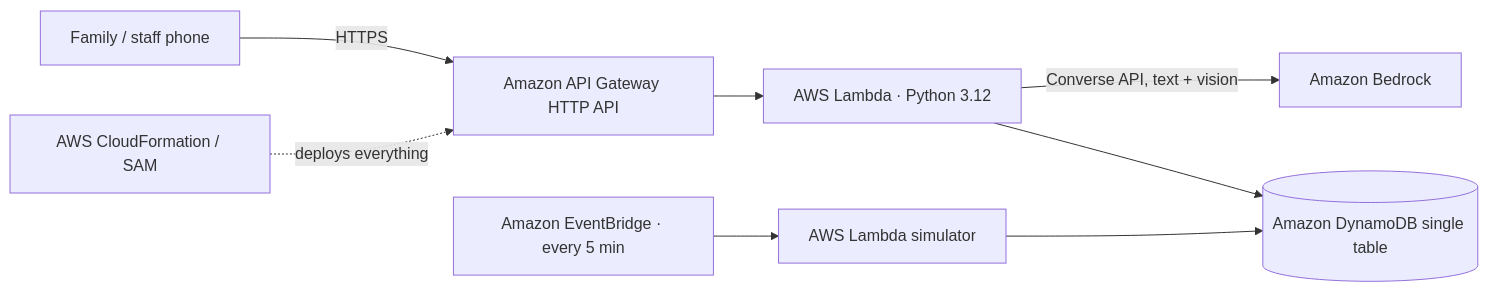
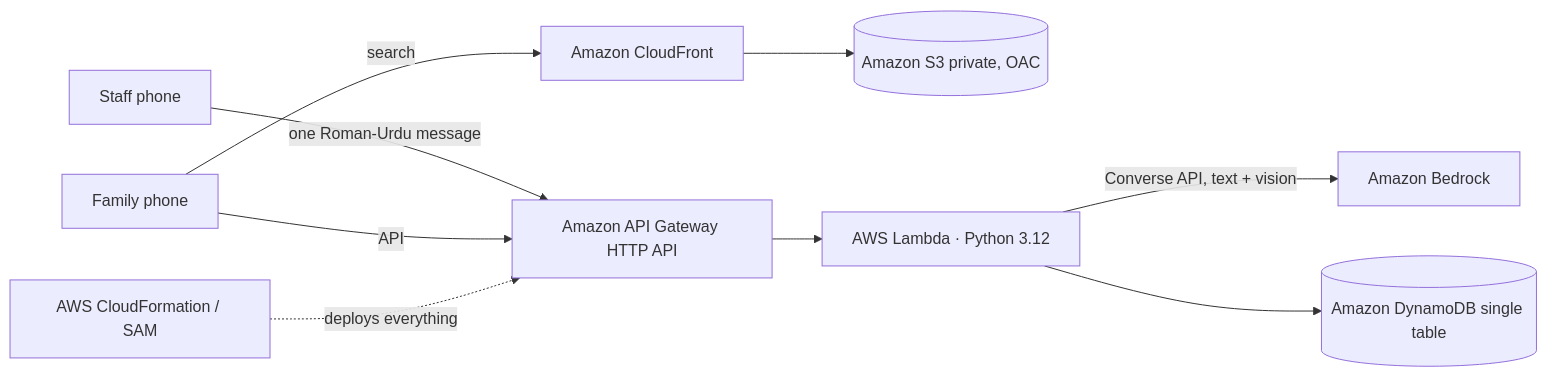
One commit to HadiaSiddique/haazir changed the diagram in SUBMISSION.md. Above: the diagram before and after it, drawn with Mermaid. The commit also changed other lines of this file and 12 other files, not shown here.

Commit message:
Real data only: availability exclusively from staff reports; real pharmacies and blood banks; remove simulator

````diff
--- a/SUBMISSION.md
+++ b/SUBMISSION.md
@@ -53,9 +56,10 @@
 ```mermaid
 flowchart LR
-  U[Family / staff phone] -->|HTTPS| APIGW[Amazon API Gateway HTTP API]
+  S[Staff phone] -->|one Roman-Urdu message| APIGW[Amazon API Gateway HTTP API]
+  U[Family phone] -->|search| CF[Amazon CloudFront] --> S3[(Amazon S3 private, OAC)]
+  U -->|API| APIGW
   APIGW --> L[AWS Lambda · Python 3.12]
   L -->|Converse API, text + vision| BR[Amazon Bedrock]
   L --> DDB[(Amazon DynamoDB single table)]
-  EB[Amazon EventBridge · every 5 min] --> SIM[AWS Lambda simulator] --> DDB
   CFN[AWS CloudFormation / SAM] -. deploys everything .-> APIGW
 ```
````
